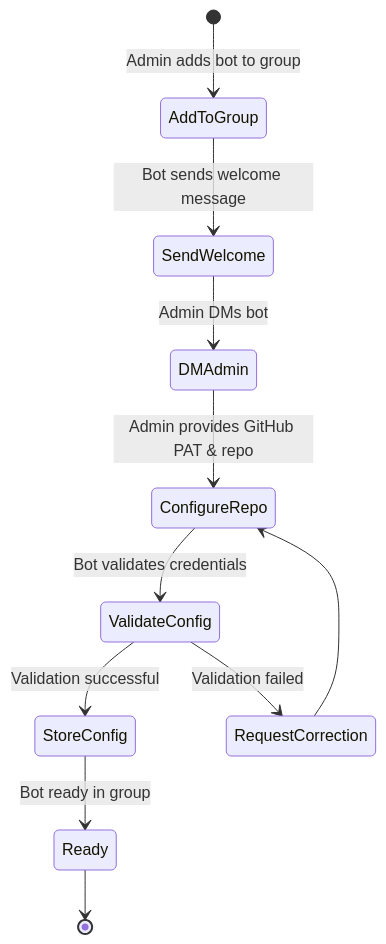
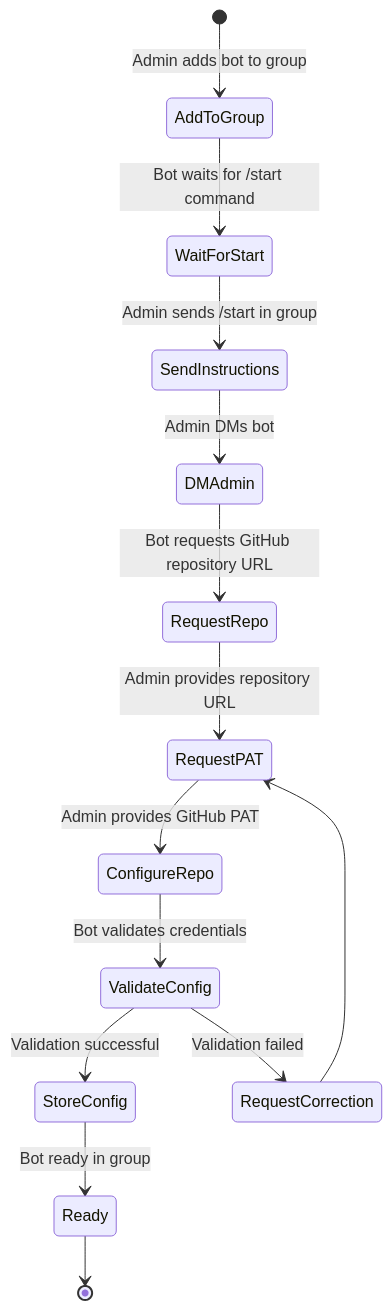
Before and after one commit to majus/telegit: the sixth of 11 diagrams in PRD.md, drawn with Mermaid. The commit also changed other lines of this file and 4 other files, not shown here.

````diff
--- a/PRD.md
+++ b/PRD.md
@@ -528,13 +521,16 @@
 ```mermaid
 stateDiagram-v2
     [*] --> AddToGroup: Admin adds bot to group
-    AddToGroup --> SendWelcome: Bot sends welcome message
-    SendWelcome --> DMAdmin: Admin DMs bot
-    DMAdmin --> ConfigureRepo: Admin provides GitHub PAT & repo
+    AddToGroup --> WaitForStart: Bot waits for /start command
+    WaitForStart --> SendInstructions: Admin sends /start in group
+    SendInstructions --> DMAdmin: Admin DMs bot
+    DMAdmin --> RequestRepo: Bot requests GitHub repository URL
+    RequestRepo --> RequestPAT: Admin provides repository URL
+    RequestPAT --> ConfigureRepo: Admin provides GitHub PAT
     ConfigureRepo --> ValidateConfig: Bot validates credentials
     ValidateConfig --> StoreConfig: Validation successful
     ValidateConfig --> RequestCorrection: Validation failed
-    RequestCorrection --> ConfigureRepo
+    RequestCorrection --> RequestPAT
     StoreConfig --> Ready: Bot ready in group
     Ready --> [*]
 ```
````
